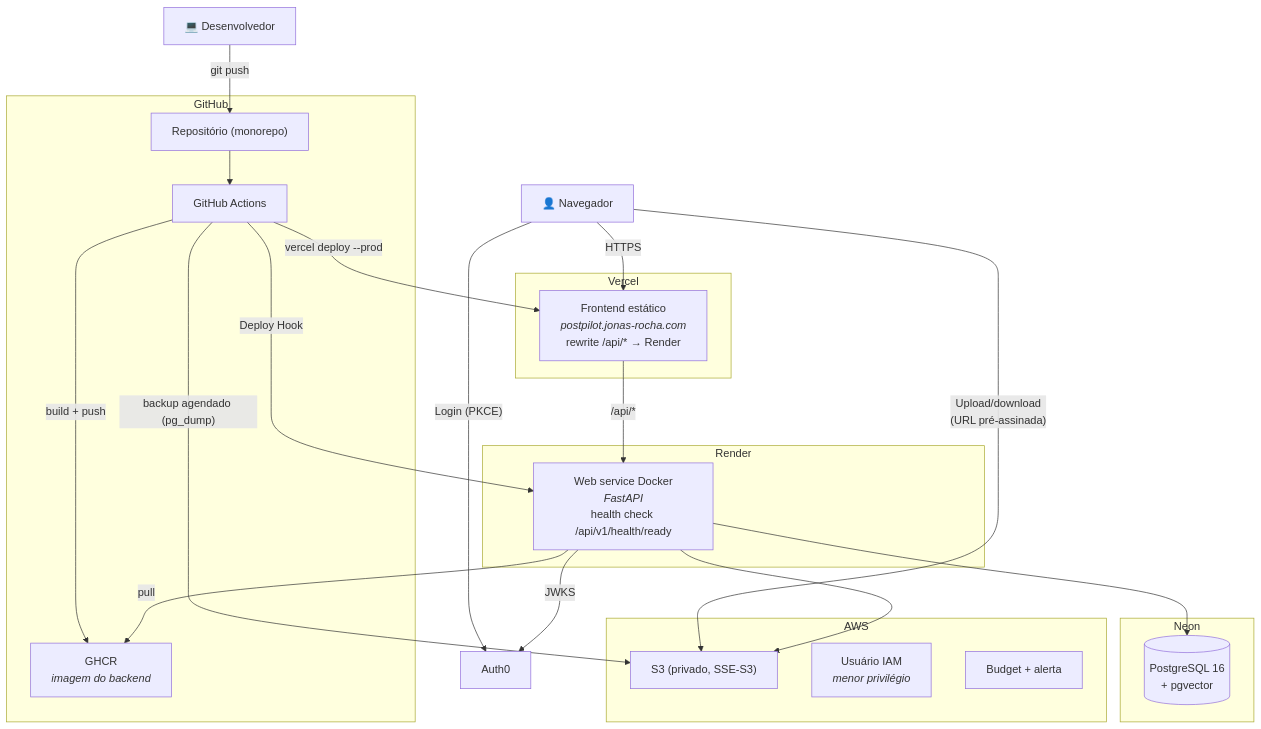
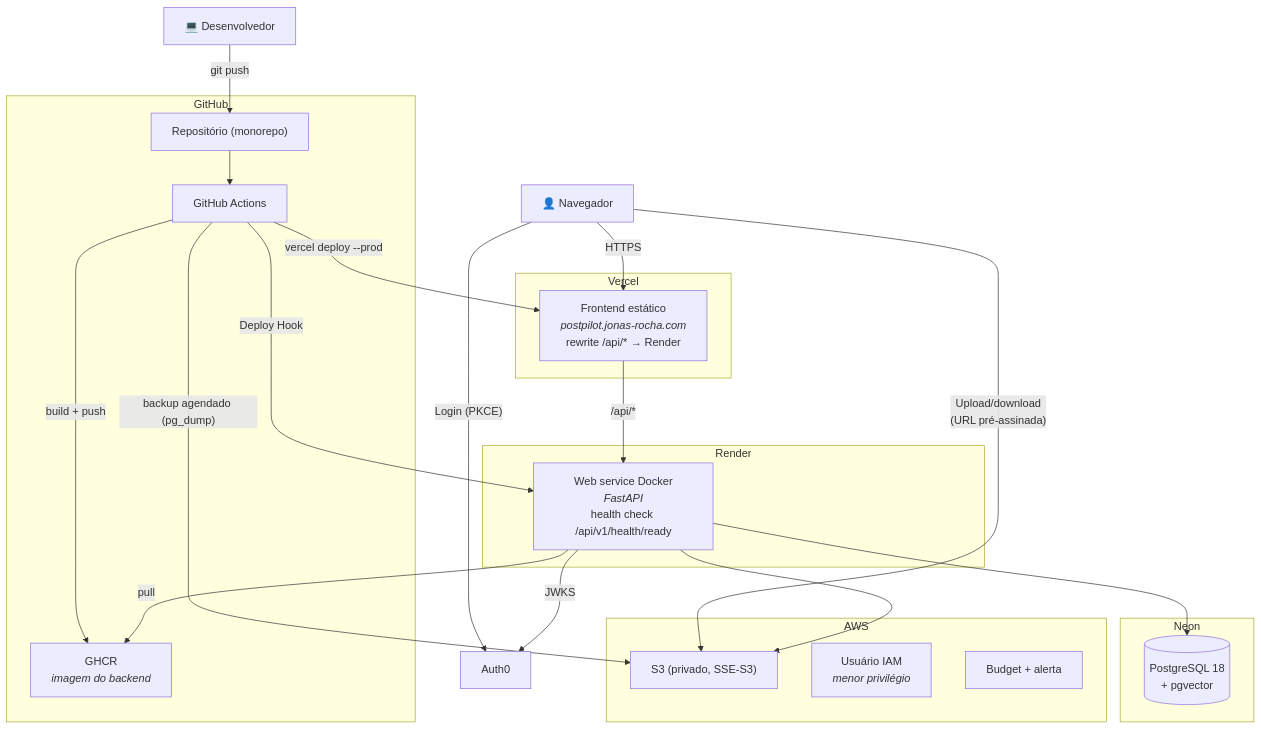
Before and after one commit to JonasRocha189/postpilot-ai: the first of 2 diagrams in _docs/implantacao.md, drawn with Mermaid. The commit also changed other lines of this file and 5 other files, not shown here.

````diff
--- a/_docs/implantacao.md
+++ b/_docs/implantacao.md
@@ -7,46 +7,46 @@
 ```mermaid
 flowchart TB
     dev["💻 Desenvolvedor"]
     browser["👤 Navegador"]
 
     subgraph github["GitHub"]
         repo["Repositório (monorepo)"]
         actions["GitHub Actions"]
         ghcr["GHCR<br/><i>imagem do backend</i>"]
     end
 
     subgraph vercel["Vercel"]
         front["Frontend estático<br/><i>postpilot.jonas-rocha.com</i><br/>rewrite /api/* → Render"]
     end
 
     subgraph render["Render"]
         back["Web service Docker<br/><i>FastAPI</i><br/>health check /api/v1/health/ready"]
     end
 
     subgraph neon["Neon"]
-        pg[("PostgreSQL 16<br/>+ pgvector")]
+        pg[("PostgreSQL 18<br/>+ pgvector")]
     end
 
     subgraph aws["AWS"]
         s3["S3 (privado, SSE-S3)"]
         iam["Usuário IAM<br/><i>menor privilégio</i>"]
         budget["Budget + alerta"]
     end
 
     auth0["Auth0"]
 
     dev -- "git push" --> repo
     repo --> actions
     actions -- "build + push" --> ghcr
     actions -- "Deploy Hook" --> back
     actions -- "vercel deploy --prod" --> front
     actions -- "backup agendado (pg_dump)" --> s3
     back -- "pull" --> ghcr
     browser -- "HTTPS" --> front
     front -- "/api/*" --> back
     browser -- "Login (PKCE)" --> auth0
     browser -- "Upload/download<br/>(URL pré-assinada)" --> s3
     back --> pg
     back --> s3
     back -- "JWKS" --> auth0
 ```
````
